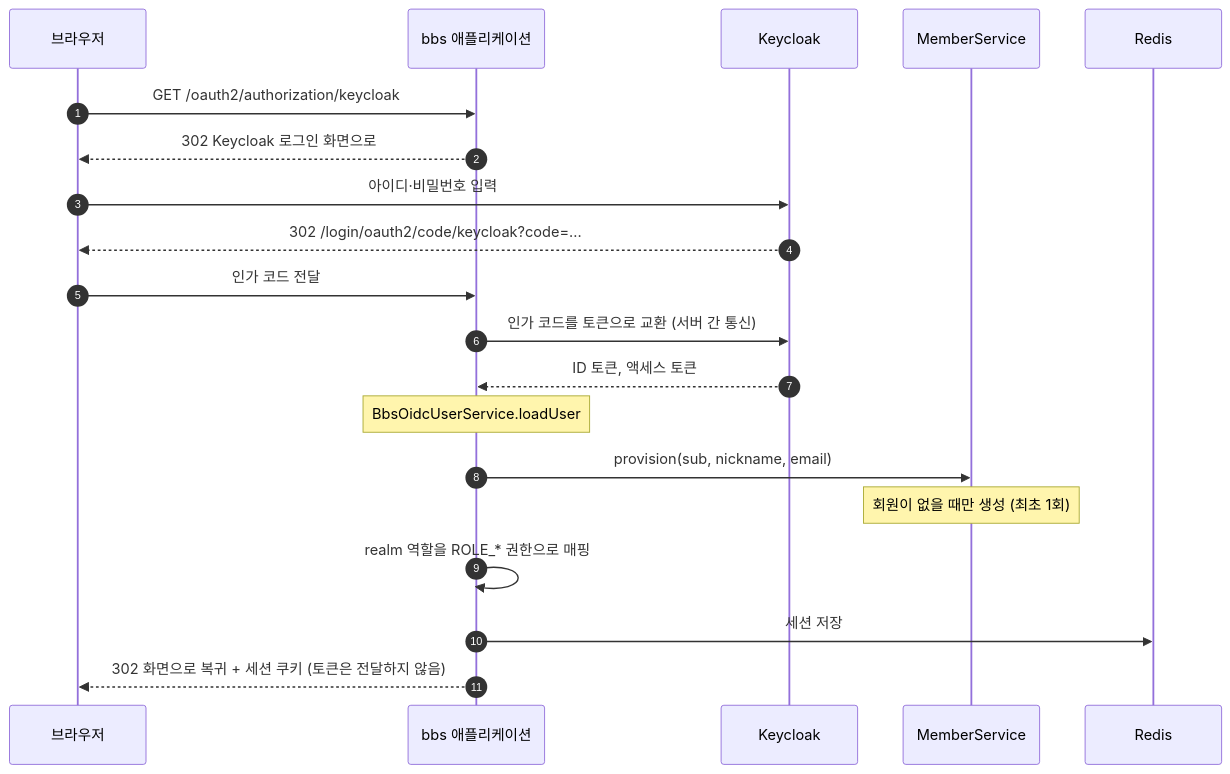
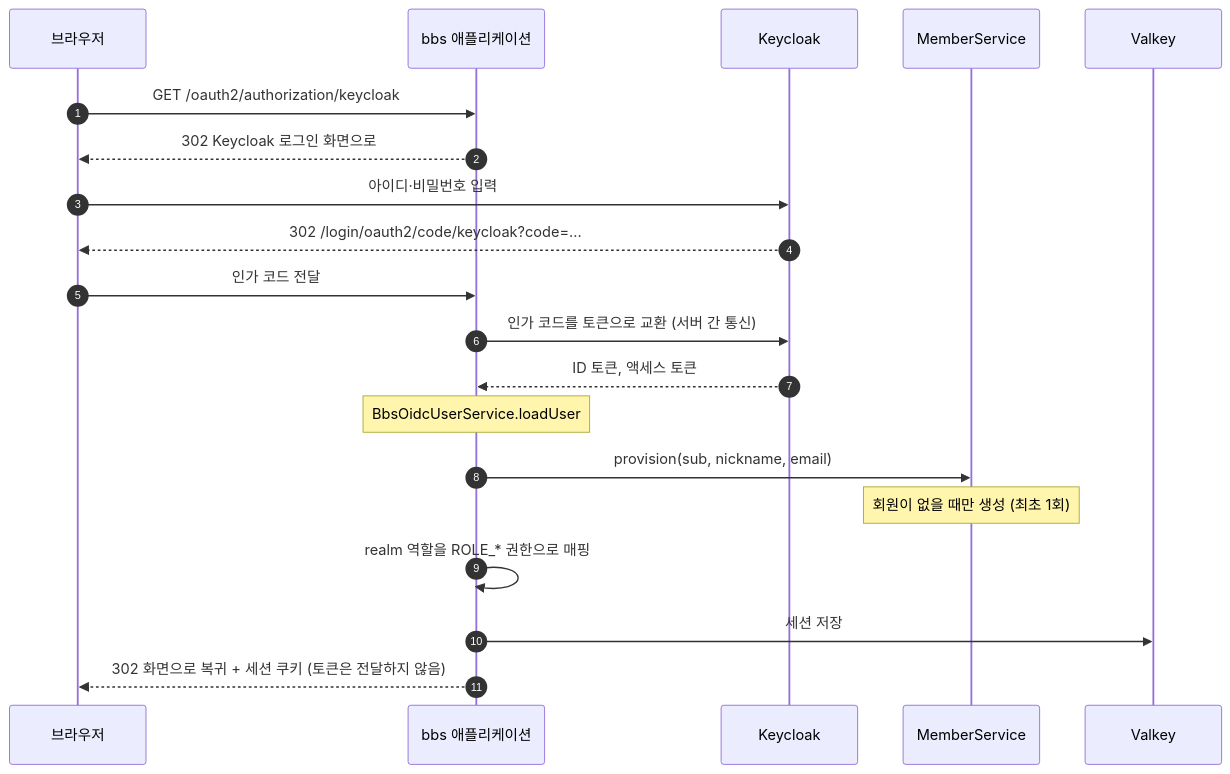
One commit to HseongH/bbs changed the diagram in docs/project/sds.md. Above: the diagram before and after it, drawn with Mermaid. The commit also changed other lines of this file and 21 other files, not shown here.

````diff
--- a/docs/project/sds.md
+++ b/docs/project/sds.md
@@ -179,22 +179,22 @@
 ```mermaid
 sequenceDiagram
     autonumber
     participant B as 브라우저
     participant A as bbs 애플리케이션
     participant K as Keycloak
     participant M as MemberService
-    participant R as Redis
+    participant R as Valkey
     B->>A: GET /oauth2/authorization/keycloak
     A-->>B: 302 Keycloak 로그인 화면으로
     B->>K: 아이디·비밀번호 입력
     K-->>B: 302 /login/oauth2/code/keycloak?code=...
     B->>A: 인가 코드 전달
     A->>K: 인가 코드를 토큰으로 교환 (서버 간 통신)
     K-->>A: ID 토큰, 액세스 토큰
     Note over A: BbsOidcUserService.loadUser
     A->>M: provision(sub, nickname, email)
     Note over M: 회원이 없을 때만 생성 (최초 1회)
     A->>A: realm 역할을 ROLE_* 권한으로 매핑
     A->>R: 세션 저장
     A-->>B: 302 화면으로 복귀 + 세션 쿠키 (토큰은 전달하지 않음)
 ```
````
